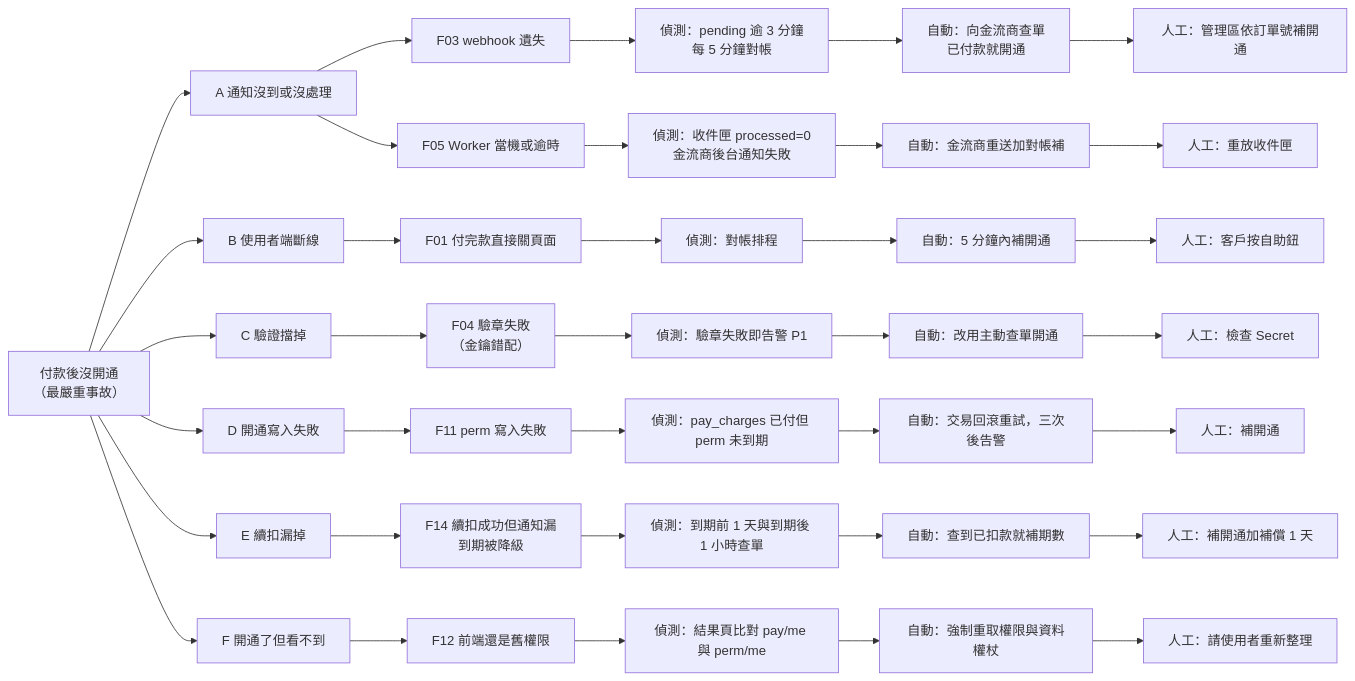
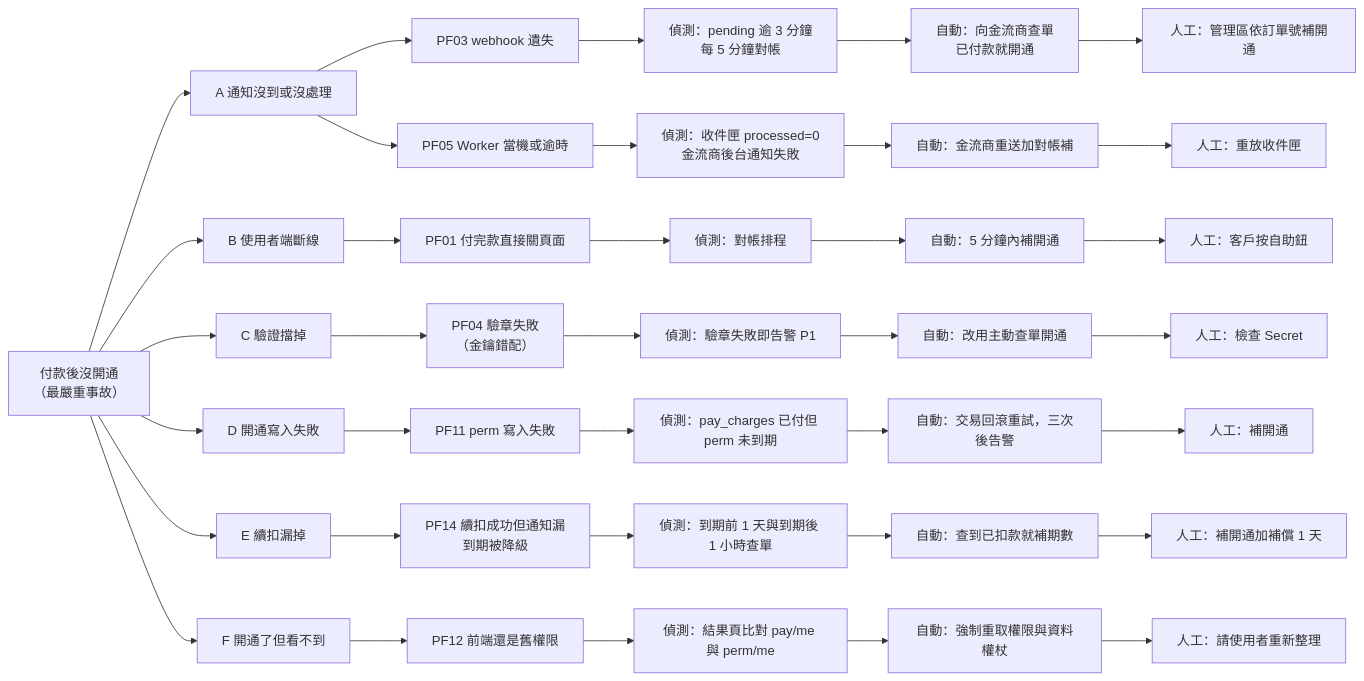
The sixth of 8 diagrams in docs/payments/checkout_subscription_spec.md (MiaoZiKe/tw-rotation), drawn with Mermaid before and after one commit. The commit also changed other lines of this file and 1 other file, not shown here.

````diff
--- a/docs/payments/checkout_subscription_spec.md
+++ b/docs/payments/checkout_subscription_spec.md
@@ -303,44 +303,44 @@
 ```mermaid
 flowchart LR
   ROOT["付款後沒開通<br/>（最嚴重事故）"] --> T1["A 通知沒到或沒處理"]
   ROOT --> T2["B 使用者端斷線"]
   ROOT --> T3["C 驗證擋掉"]
   ROOT --> T4["D 開通寫入失敗"]
   ROOT --> T5["E 續扣漏掉"]
   ROOT --> T6["F 開通了但看不到"]
 
-  T1 --> A1["F03 webhook 遺失"]
+  T1 --> A1["PF03 webhook 遺失"]
   A1 --> A1d["偵測：pending 逾 3 分鐘<br/>每 5 分鐘對帳"]
   A1d --> A1a["自動：向金流商查單<br/>已付款就開通"]
   A1a --> A1m["人工：管理區依訂單號補開通"]
 
-  T1 --> A2["F05 Worker 當機或逾時"]
+  T1 --> A2["PF05 Worker 當機或逾時"]
   A2 --> A2d["偵測：收件匣 processed=0<br/>金流商後台通知失敗"]
   A2d --> A2a["自動：金流商重送加對帳補"]
   A2a --> A2m["人工：重放收件匣"]
 
-  T2 --> B1["F01 付完款直接關頁面"]
+  T2 --> B1["PF01 付完款直接關頁面"]
   B1 --> B1d["偵測：對帳排程"]
   B1d --> B1a["自動：5 分鐘內補開通"]
   B1a --> B1m["人工：客戶按自助鈕"]
 
-  T3 --> C1["F04 驗章失敗<br/>（金鑰錯配）"]
+  T3 --> C1["PF04 驗章失敗<br/>（金鑰錯配）"]
   C1 --> C1d["偵測：驗章失敗即告警 P1"]
   C1d --> C1a["自動：改用主動查單開通"]
   C1a --> C1m["人工：檢查 Secret"]
 
-  T4 --> D1["F11 perm 寫入失敗"]
+  T4 --> D1["PF11 perm 寫入失敗"]
   D1 --> D1d["偵測：pay_charges 已付但 perm 未到期"]
   D1d --> D1a["自動：交易回滾重試，三次後告警"]
   D1a --> D1m["人工：補開通"]
 
-  T5 --> E1["F14 續扣成功但通知漏<br/>到期被降級"]
+  T5 --> E1["PF14 續扣成功但通知漏<br/>到期被降級"]
   E1 --> E1d["偵測：到期前 1 天與到期後 1 小時查單"]
   E1d --> E1a["自動：查到已扣款就補期數"]
   E1a --> E1m["人工：補開通加補償 1 天"]
 
-  T6 --> F1["F12 前端還是舊權限"]
+  T6 --> F1["PF12 前端還是舊權限"]
   F1 --> F1d["偵測：結果頁比對 pay/me 與 perm/me"]
   F1d --> F1a["自動：強制重取權限與資料權杖"]
   F1a --> F1m["人工：請使用者重新整理"]
 ```
````
